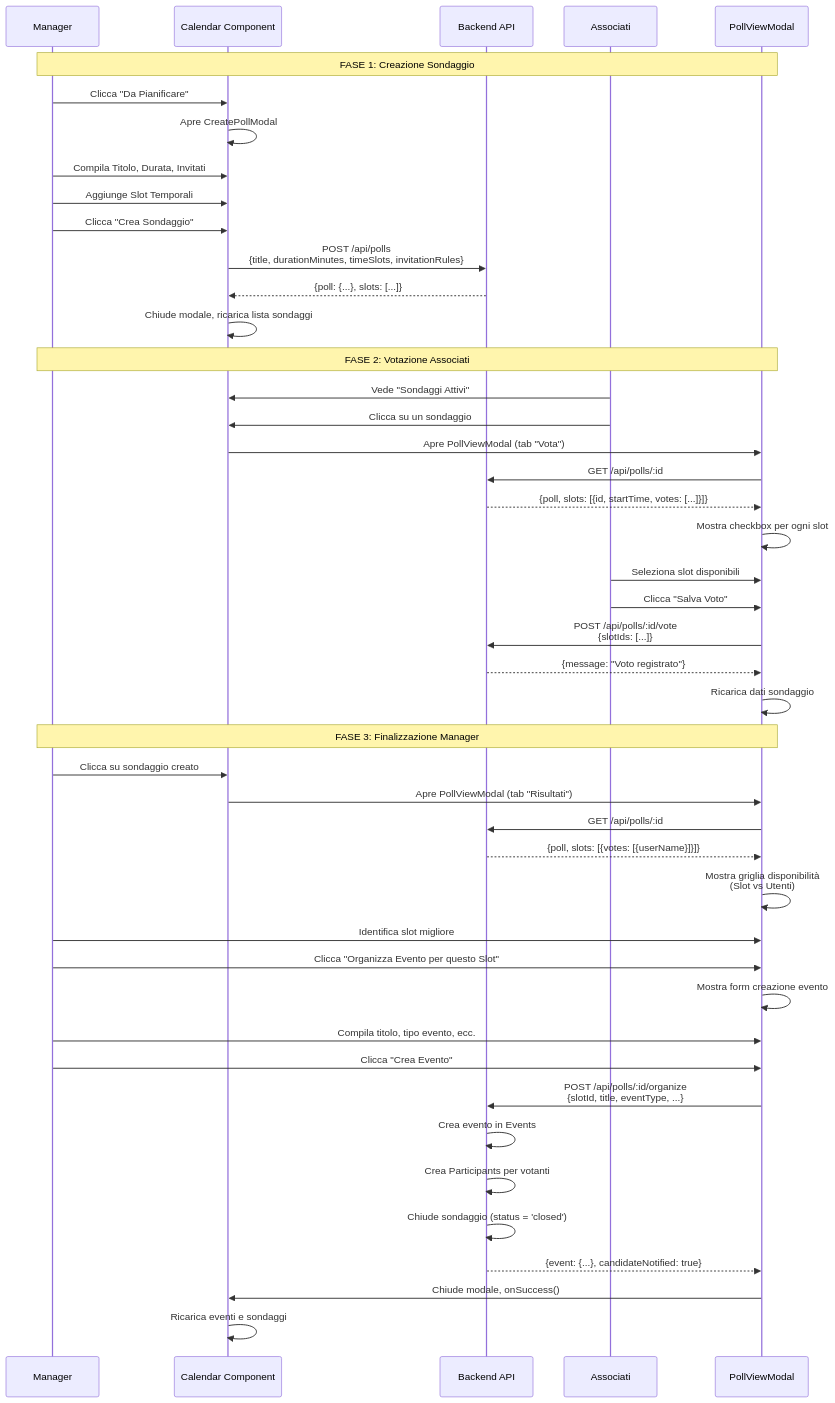
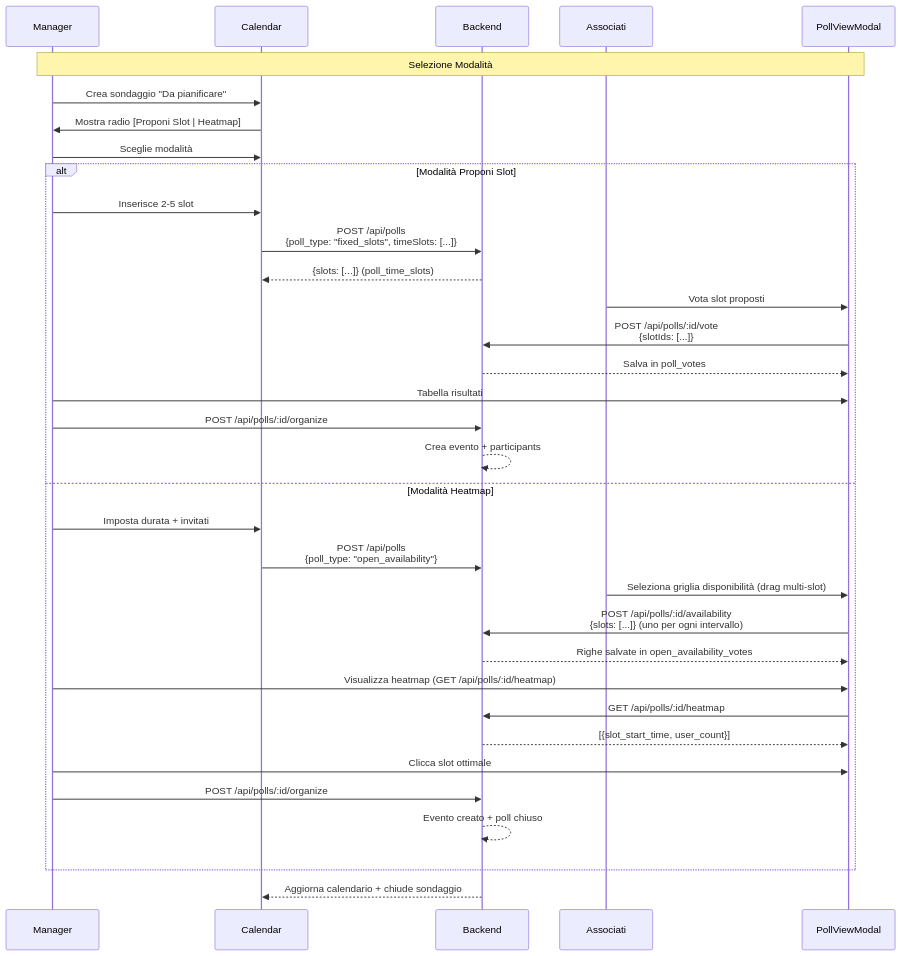
One commit to elteo003/gestionale changed the fifth of 5 diagrams in docs/frontend/Flussi-Dinamici.md. Above: the diagram before and after it, drawn with Mermaid. The commit also changed other lines of this file and 2 other files, not shown here.

First line of the commit message:
docs: aggiorna flusso da pianificare con modalità heatmap

````diff
--- a/docs/frontend/Flussi-Dinamici.md
+++ b/docs/frontend/Flussi-Dinamici.md
@@ -338,50 +394,39 @@
 ```mermaid
 sequenceDiagram
     participant M as Manager
-    participant C as Calendar Component
-    participant API as Backend API
+    participant C as Calendar
+    participant API as Backend
     participant A as Associati
     participant P as PollViewModal
 
-    Note over M,P: FASE 1: Creazione Sondaggio
-    M->>C: Clicca "Da Pianificare"
-    C->>C: Apre CreatePollModal
-    M->>C: Compila Titolo, Durata, Invitati
-    M->>C: Aggiunge Slot Temporali
-    M->>C: Clicca "Crea Sondaggio"
-    C->>API: POST /api/polls<br/>{title, durationMinutes, timeSlots, invitationRules}
-    API-->>C: {poll: {...}, slots: [...]}
-    C->>C: Chiude modale, ricarica lista sondaggi
+    Note over M,P: Selezione Modalità
+    M->>C: Crea sondaggio "Da pianificare"
+    C->>M: Mostra radio [Proponi Slot | Heatmap]
+    M->>C: Sceglie modalità
 
-    Note over M,P: FASE 2: Votazione Associati
-    A->>C: Vede "Sondaggi Attivi"
-    A->>C: Clicca su un sondaggio
-    C->>P: Apre PollViewModal (tab "Vota")
-    P->>API: GET /api/polls/:id
-    API-->>P: {poll, slots: [{id, startTime, votes: [...]}]}
-    P->>P: Mostra checkbox per ogni slot
-    A->>P: Seleziona slot disponibili
-    A->>P: Clicca "Salva Voto"
-    P->>API: POST /api/polls/:id/vote<br/>{slotIds: [...]}
-    API-->>P: {message: "Voto registrato"}
-    P->>P: Ricarica dati sondaggio
+    alt Modalità Proponi Slot
+        M->>C: Inserisce 2-5 slot
+        C->>API: POST /api/polls<br/>{poll_type: "fixed_slots", timeSlots: [...]}
+        API-->>C: {slots: [...]} (poll_time_slots)
+        A->>P: Vota slot proposti
+        P->>API: POST /api/polls/:id/vote<br/>{slotIds: [...]}
+        API-->>P: Salva in poll_votes
+        M->>P: Tabella risultati
+        M->>API: POST /api/polls/:id/organize
+        API-->>API: Crea evento + participants
+    else Modalità Heatmap
+        M->>C: Imposta durata + invitati
+        C->>API: POST /api/polls<br/>{poll_type: "open_availability"}
+        A->>P: Seleziona griglia disponibilità (drag multi-slot)
+        P->>API: POST /api/polls/:id/availability<br/>{slots: [...]} (uno per ogni intervallo)
+        API-->>P: Righe salvate in open_availability_votes
+        M->>P: Visualizza heatmap (GET /api/polls/:id/heatmap)
+        P->>API: GET /api/polls/:id/heatmap
+        API-->>P: [{slot_start_time, user_count}]
+        M->>P: Clicca slot ottimale
+        M->>API: POST /api/polls/:id/organize
+        API-->>API: Evento creato + poll chiuso
+    end
 
-    Note over M,P: FASE 3: Finalizzazione Manager
-    M->>C: Clicca su sondaggio creato
-    C->>P: Apre PollViewModal (tab "Risultati")
-    P->>API: GET /api/polls/:id
-    API-->>P: {poll, slots: [{votes: [{userName}]}]}
-    P->>P: Mostra griglia disponibilità<br/>(Slot vs Utenti)
-    M->>P: Identifica slot migliore
-    M->>P: Clicca "Organizza Evento per questo Slot"
-    P->>P: Mostra form creazione evento
-    M->>P: Compila titolo, tipo evento, ecc.
-    M->>P: Clicca "Crea Evento"
-    P->>API: POST /api/polls/:id/organize<br/>{slotId, title, eventType, ...}
-    API->>API: Crea evento in Events
-    API->>API: Crea Participants per votanti
-    API->>API: Chiude sondaggio (status = 'closed')
-    API-->>P: {event: {...}, candidateNotified: true}
-    P->>C: Chiude modale, onSuccess()
-    C->>C: Ricarica eventi e sondaggi
+    API-->>C: Aggiorna calendario + chiude sondaggio
 ```
````
